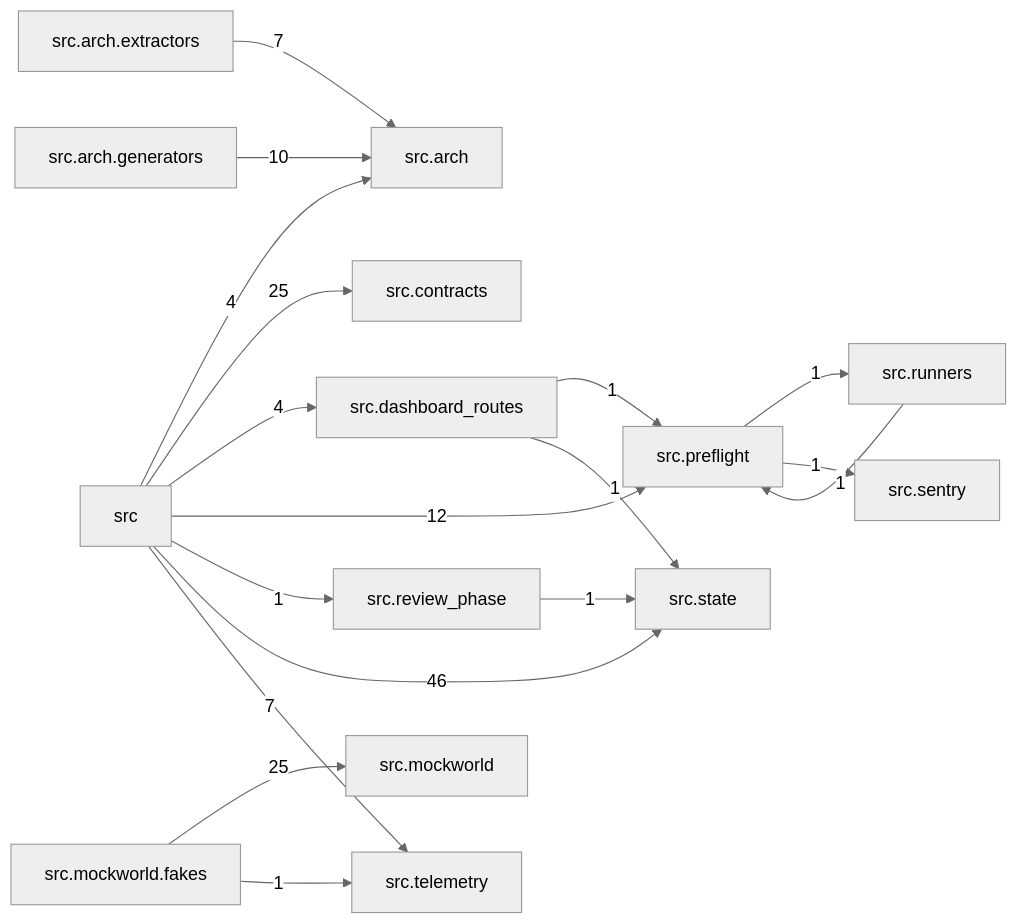
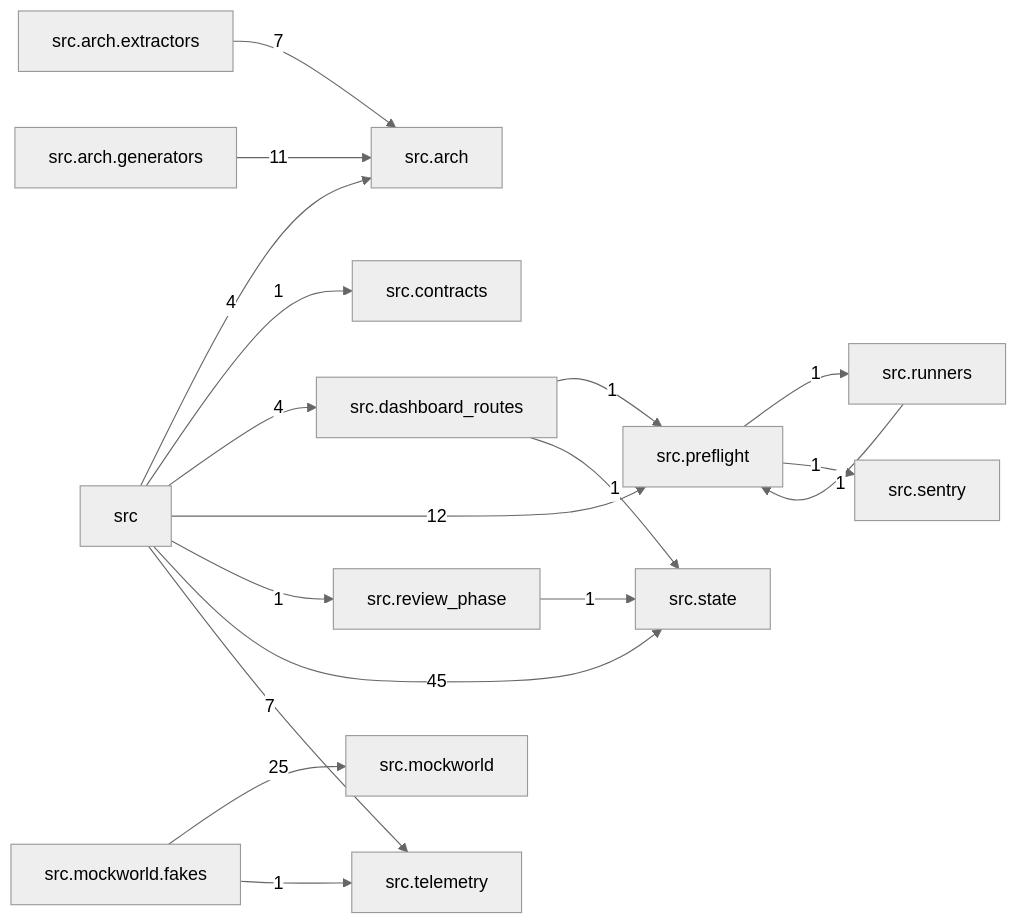
Before and after one commit to T-rav/hyrdaflow: the diagram in docs/arch/generated/modules.md, drawn with Mermaid (neutral theme). The commit also changed other lines of this file and 15 other files, not shown here.

````diff
--- a/docs/arch/generated/modules.md
+++ b/docs/arch/generated/modules.md
@@ -7,34 +7,34 @@
 ```mermaid
 graph LR
     src["src"]
     src_arch["src.arch"]
     src_arch_extractors["src.arch.extractors"]
     src_arch_generators["src.arch.generators"]
     src_contracts["src.contracts"]
     src_dashboard_routes["src.dashboard_routes"]
     src_mockworld["src.mockworld"]
     src_mockworld_fakes["src.mockworld.fakes"]
     src_preflight["src.preflight"]
     src_review_phase["src.review_phase"]
     src_runners["src.runners"]
     src_sentry["src.sentry"]
     src_state["src.state"]
     src_telemetry["src.telemetry"]
     src -- "4" --> src_arch
-    src -- "25" --> src_contracts
+    src -- "1" --> src_contracts
     src -- "4" --> src_dashboard_routes
     src -- "12" --> src_preflight
     src -- "1" --> src_review_phase
-    src -- "46" --> src_state
+    src -- "45" --> src_state
     src -- "7" --> src_telemetry
     src_arch_extractors -- "7" --> src_arch
-    src_arch_generators -- "10" --> src_arch
+    src_arch_generators -- "11" --> src_arch
     src_dashboard_routes -- "1" --> src_preflight
     src_dashboard_routes -- "1" --> src_state
     src_mockworld_fakes -- "25" --> src_mockworld
     src_mockworld_fakes -- "1" --> src_telemetry
     src_preflight -- "1" --> src_runners
     src_preflight -- "1" --> src_sentry
     src_review_phase -- "1" --> src_state
     src_runners -- "1" --> src_preflight
 ```
````
